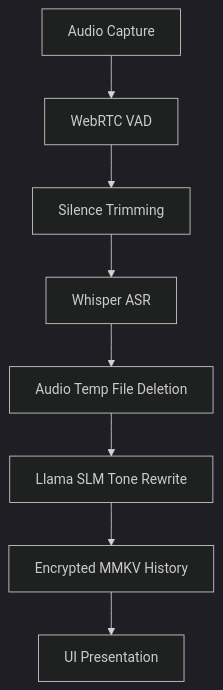
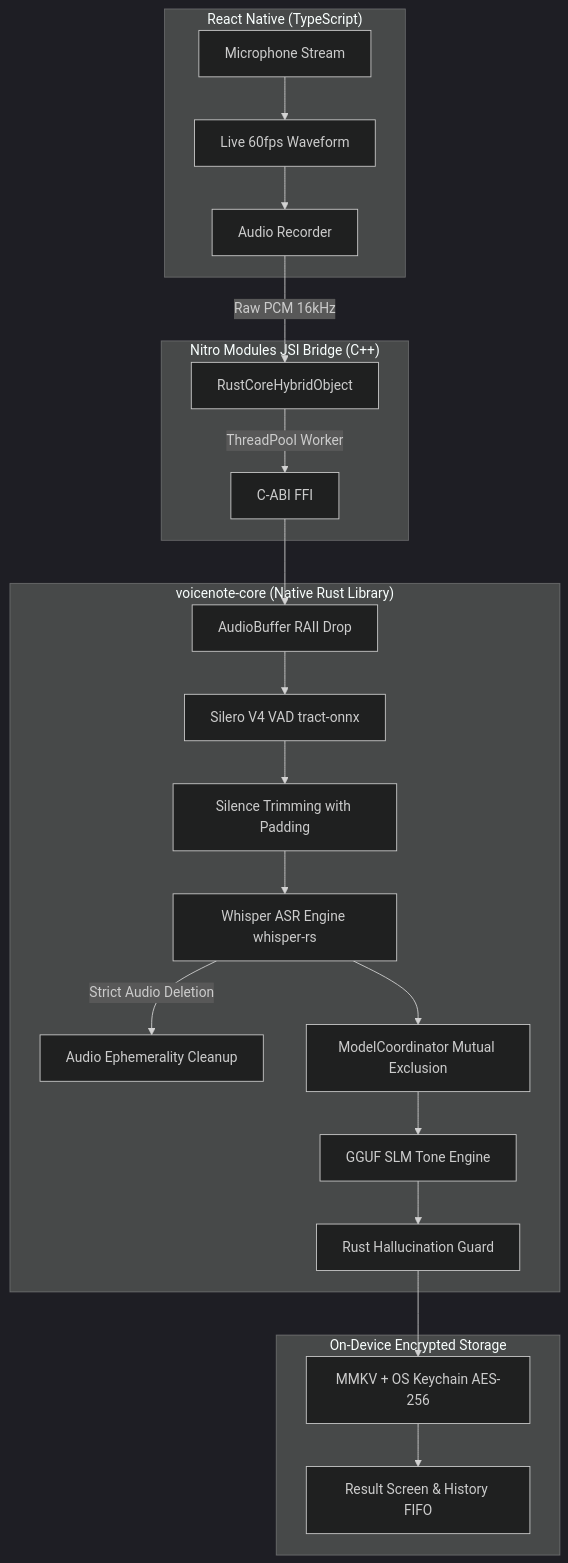
One commit to SiteshGJha/VoiceNote changed the diagram in README.md. Above: the diagram before and after it, drawn with Mermaid (dark theme). The commit also changed other lines of this file and 6 other files, not shown here.

Commit message:
docs: comprehensive changelog, architecture guide, and PRD updates for Rust core v2.0.0

````diff
--- a/README.md
+++ b/README.md
@@ -22,10 +30,28 @@
 ```mermaid
 flowchart TD
-    A[Audio Capture] --> B[WebRTC VAD]
-    B --> C[Silence Trimming]
-    C --> D[Whisper ASR]
-    D --> E[Audio Temp File Deletion]
-    E --> F[Llama SLM Tone Rewrite]
-    F --> G[Encrypted MMKV History]
-    G --> H[UI Presentation]
+    subgraph UI ["React Native (TypeScript)"]
+        A[Microphone Stream] --> B[Live 60fps Waveform]
+        B --> C[Audio Recorder]
+    end
+
+    subgraph JSI ["Nitro Modules JSI Bridge (C++)"]
+        C -->|Raw PCM 16kHz| D[RustCoreHybridObject]
+        D -->|ThreadPool Worker| E[C-ABI FFI]
+    end
+
+    subgraph RustCore ["voicenote-core (Native Rust Library)"]
+        E --> F[AudioBuffer RAII Drop]
+        F --> G[Silero V4 VAD tract-onnx]
+        G --> H[Silence Trimming with Padding]
+        H --> I[Whisper ASR Engine whisper-rs]
+        I -->|Strict Audio Deletion| J[Audio Ephemerality Cleanup]
+        I --> K[ModelCoordinator Mutual Exclusion]
+        K --> L[GGUF SLM Tone Engine]
+        L --> M[Rust Hallucination Guard]
+    end
+
+    subgraph Storage ["On-Device Encrypted Storage"]
+        M --> N[MMKV + OS Keychain AES-256]
+        N --> O[Result Screen & History FIFO]
+    end
 ```
````
